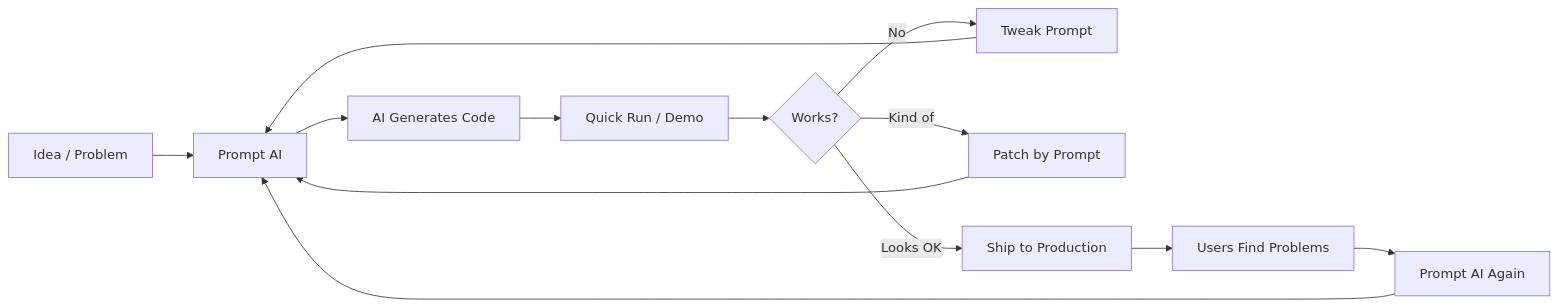
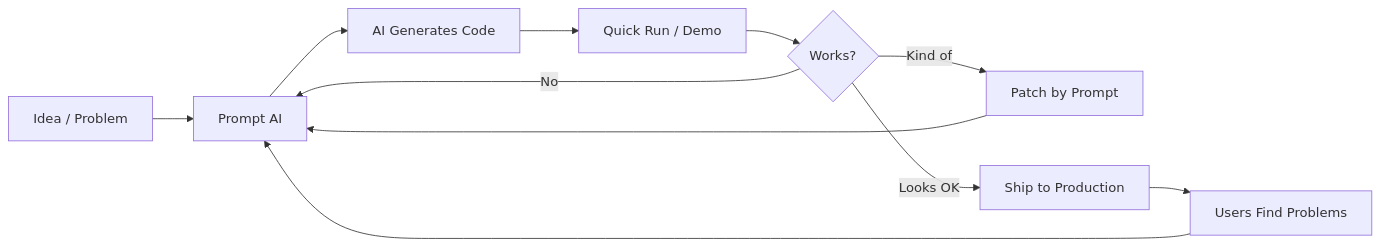
One commit to zbalkan/zbalkan.github.io changed the first of 2 diagrams in _posts/2026-03-17-pulling-the-lever.md. Above: the diagram before and after it, drawn with Mermaid.

Commit message:
Updated the graph

````diff
--- a/_posts/2026-03-17-pulling-the-lever.md
+++ b/_posts/2026-03-17-pulling-the-lever.md
@@ -23,22 +23,20 @@
 ```mermaid
 flowchart LR
     A[Idea / Problem] --> B[Prompt AI]
 
     B --> C[AI Generates Code]
     C --> D[Quick Run / Demo]
 
     D --> E{Works?}
 
-    E -- No --> F[Tweak Prompt]
-    F --> B
+    E -- No --> B
 
     E -- Kind of --> G[Patch by Prompt]
     G --> B
 
     E -- Looks OK --> H[Ship to Production]
 
     H --> I[Users Find Problems]
-    I --> J[Prompt AI Again]
+    I --> B
 
-    J --> B
 ```
````
